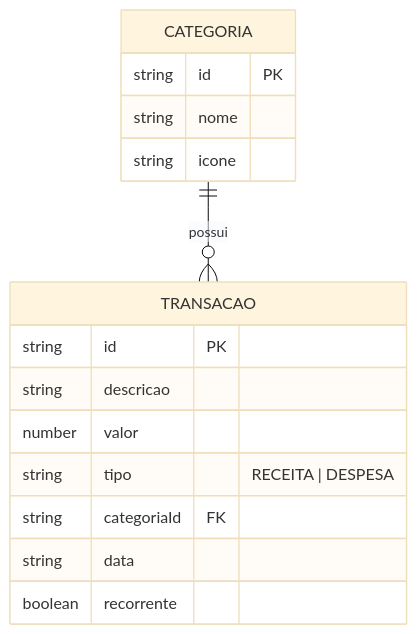
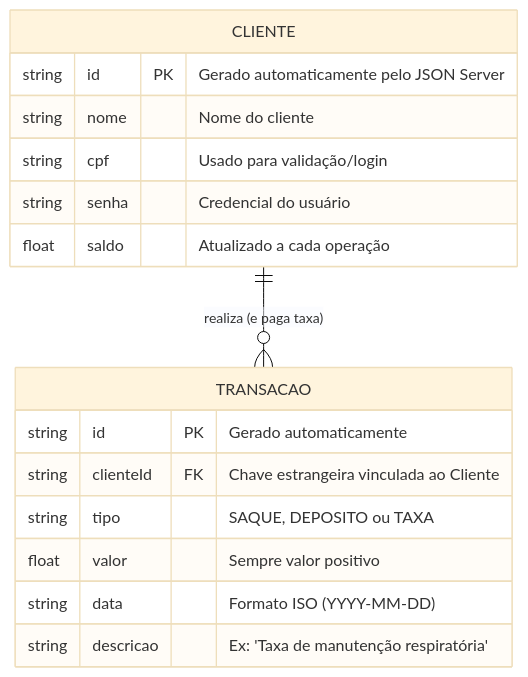
The second of 2 diagrams in docs/architecture.md (flpiensen/sobrou-quanto), drawn with Mermaid (base theme) before and after one commit. The commit also changed other lines of this file, not shown here.

First line of the commit message:
Revise architecture and technical specification document

````diff
--- a/docs/architecture.md
+++ b/docs/architecture.md
@@ -45,21 +28,19 @@
 ```mermaid
 erDiagram
-    CATEGORIA ||--o{ TRANSACAO : "possui"
-
+    CLIENTE ||--o{ TRANSACAO : "realiza (e paga taxa)"
+    CLIENTE {
+        string id PK "Gerado automaticamente pelo JSON Server"
+        string nome "Nome do cliente"
+        string cpf "Usado para validação/login"
+        string senha "Credencial do usuário"
+        float saldo "Atualizado a cada operação"
+    }
     TRANSACAO {
-        string id PK
-        string descricao
-        number valor
-        string tipo "RECEITA | DESPESA"
-        string categoriaId FK
-        string data
-        boolean recorrente
+        string id PK "Gerado automaticamente"
+        string clienteId FK "Chave estrangeira vinculada ao Cliente"
+        string tipo "SAQUE, DEPOSITO ou TAXA"
+        float valor "Sempre valor positivo"
+        string data "Formato ISO (YYYY-MM-DD)"
+        string descricao "Ex: 'Taxa de manutenção respiratória'"
     }
-
-    CATEGORIA {
-        string id PK
-        string nome
-        string icone
-    }
-
 ```
````
